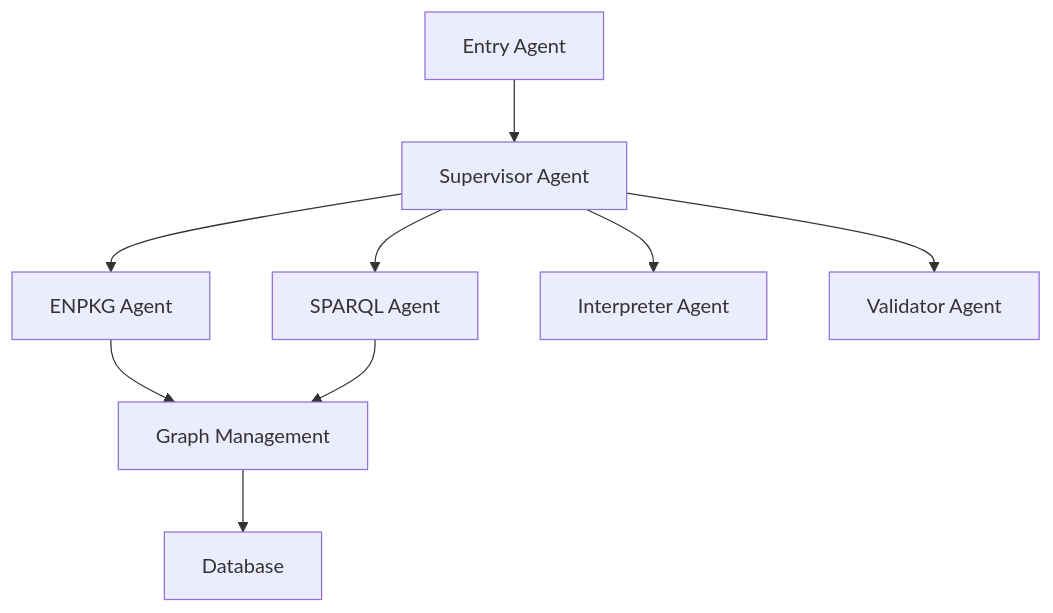
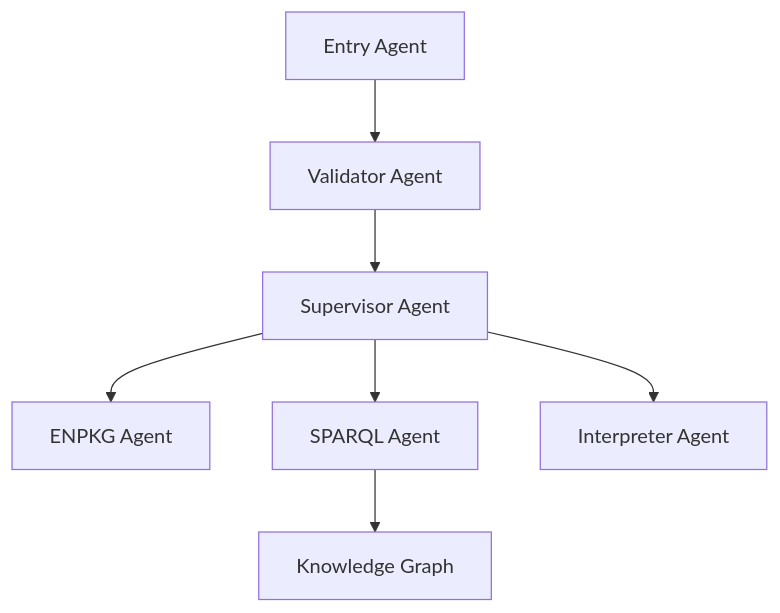
One commit to HolobiomicsLab/MetaboT changed the diagram in docs/index.md. Above: the diagram before and after it, drawn with Mermaid. The commit also changed 4 other files, not shown here.

````diff
--- a/docs/index.md
+++ b/docs/index.md
@@ -48,11 +48,12 @@
 ```mermaid
 graph TD
-    A[Entry Agent] --> B[Supervisor Agent]
-    B --> C[ENPKG Agent]
-    B --> D[SPARQL Agent]
-    B --> E[Interpreter Agent]
-    B --> F[Validator Agent]
-    C --> G[Graph Management]
-    D --> G
-    G --> H[Database]
+    A[Entry Agent] --> B[Validator Agent]
+    B --> C[Supervisor Agent]
+    C --> D[ENPKG Agent]
+    C --> E[SPARQL Agent]
+    C --> F[Interpreter Agent]
+   
+    E --> G[Knowledge Graph]
+    
+   
 ```
````
